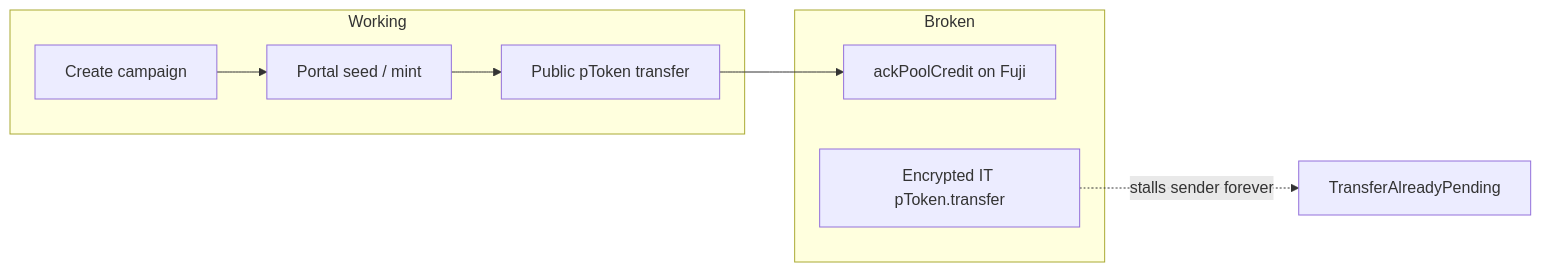
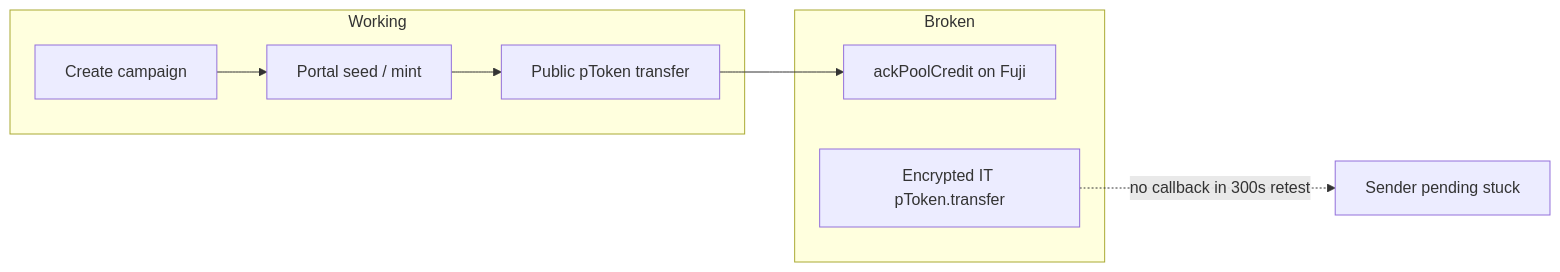
The diagram in ui/docs/README.md (cotitech-io/hrpayroll-ui), drawn with Mermaid before and after one commit. The commit also changed 1 other file, not shown here.

Commit message:
Document live IT transfer retest: submit OK, no callback in 300s
Clarify that pending is shared with public transfers, and record the 2026-07-19 Fuji↔COTI retest so we stop claiming IT bricks by design.

````diff
--- a/ui/docs/README.md
+++ b/ui/docs/README.md
@@ -11,14 +11,14 @@
 ```mermaid
 flowchart LR
   subgraph ok [Working]
     C[Create campaign]
     S[Portal seed / mint]
     T[Public pToken transfer]
   end
   subgraph broken [Broken]
     A[ackPoolCredit on Fuji]
     IT[Encrypted IT pToken.transfer]
   end
   C --> S --> T --> A
-  IT -.->|stalls sender forever| X[TransferAlreadyPending]
+  IT -.->|no callback in 300s retest| X[Sender pending stuck]
 ```
````
